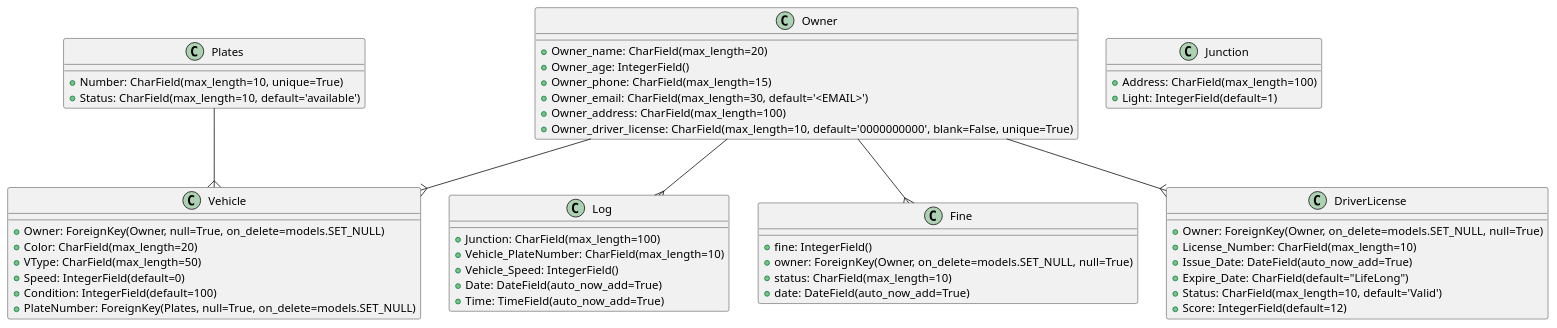
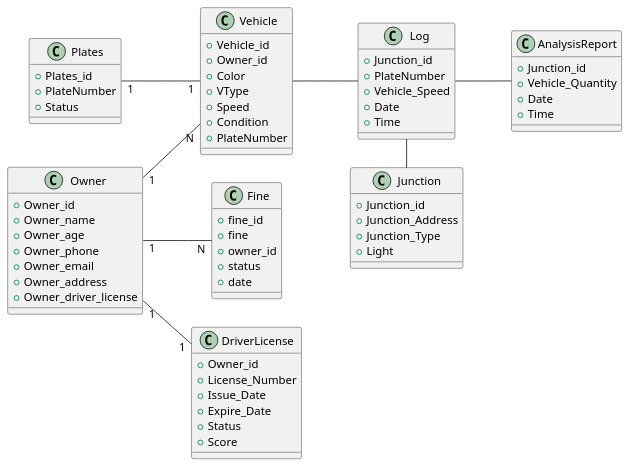
Before and after one commit to lzpmpc005/Traffic_Management_System: the first of 10 diagrams in Diagrams.md, drawn with PlantUML. The commit also changed other lines of this file and 12 other files, not shown here.

```diff
--- a/Diagrams.md
+++ b/Diagrams.md
@@ -5,61 +5,78 @@
 @startuml
 
+Left to Right Direction
+
 class Owner {
-  + Owner_name: CharField(max_length=20)
-  + Owner_age: IntegerField()
-  + Owner_phone: CharField(max_length=15)
-  + Owner_email: CharField(max_length=30, default='<EMAIL>')
-  + Owner_address: CharField(max_length=100)
-  + Owner_driver_license: CharField(max_length=10, default='0000000000', blank=False, unique=True)
+  + Owner_id
+  + Owner_name
+  + Owner_age
+  + Owner_phone
+  + Owner_email
+  + Owner_address
+  + Owner_driver_license
 }
 
 class Plates {
-  + Number: CharField(max_length=10, unique=True)
-  + Status: CharField(max_length=10, default='available')
+  + Plates_id
+  + PlateNumber
+  + Status
 }
 
 class Vehicle {
-  + Owner: ForeignKey(Owner, null=True, on_delete=models.SET_NULL)
-  + Color: CharField(max_length=20)
-  + VType: CharField(max_length=50)
-  + Speed: IntegerField(default=0)
-  + Condition: IntegerField(default=100)
-  + PlateNumber: ForeignKey(Plates, null=True, on_delete=models.SET_NULL)
+  + Vehicle_id
+  + Owner_id
+  + Color
+  + VType
+  + Speed
+  + Condition
+  + PlateNumber
 }
 
 class Junction {
-  + Address: CharField(max_length=100)
-  + Light: IntegerField(default=1)
+  + Junction_id
+  + Junction_Address
+  + Junction_Type
+  + Light
 }
 
 class Log {
-  + Junction: CharField(max_length=100)
-  + Vehicle_PlateNumber: CharField(max_length=10)
-  + Vehicle_Speed: IntegerField()
-  + Date: DateField(auto_now_add=True)
-  + Time: TimeField(auto_now_add=True)
+  + Junction_id
+  + PlateNumber
+  + Vehicle_Speed
+  + Date
+  + Time
 }
 
 class Fine {
-  + fine: IntegerField()
-  + owner: ForeignKey(Owner, on_delete=models.SET_NULL, null=True)
-  + status: CharField(max_length=10)
-  + date: DateField(auto_now_add=True)
+  + fine_id
+  + fine
+  + owner_id
+  + status
+  + date
 }
 
 class DriverLicense {
-  + Owner: ForeignKey(Owner, on_delete=models.SET_NULL, null=True)
-  + License_Number: CharField(max_length=10)
-  + Issue_Date: DateField(auto_now_add=True)
-  + Expire_Date: CharField(default="LifeLong")
-  + Status: CharField(max_length=10, default='Valid')
-  + Score: IntegerField(default=12)
+  + Owner_id
+  + License_Number
+  + Issue_Date
+  + Expire_Date
+  + Status
+  + Score
 }
 
-Owner --{ Vehicle
-Plates --{ Vehicle
-Owner --{ Fine
-Owner --{ DriverLicense
-Owner --{ Log
+class AnalysisReport {
+  + Junction_id
+  + Vehicle_Quantity
+  + Date
+  + Time
+}
+
+Log - Junction
+Log -- AnalysisReport
+Owner "1" -- "N" Vehicle
+Plates "1" -- "1" Vehicle
+Owner "1" -- "N" Fine
+Owner "1" -- "1" DriverLicense
+Vehicle -- Log
 
 @enduml
```
